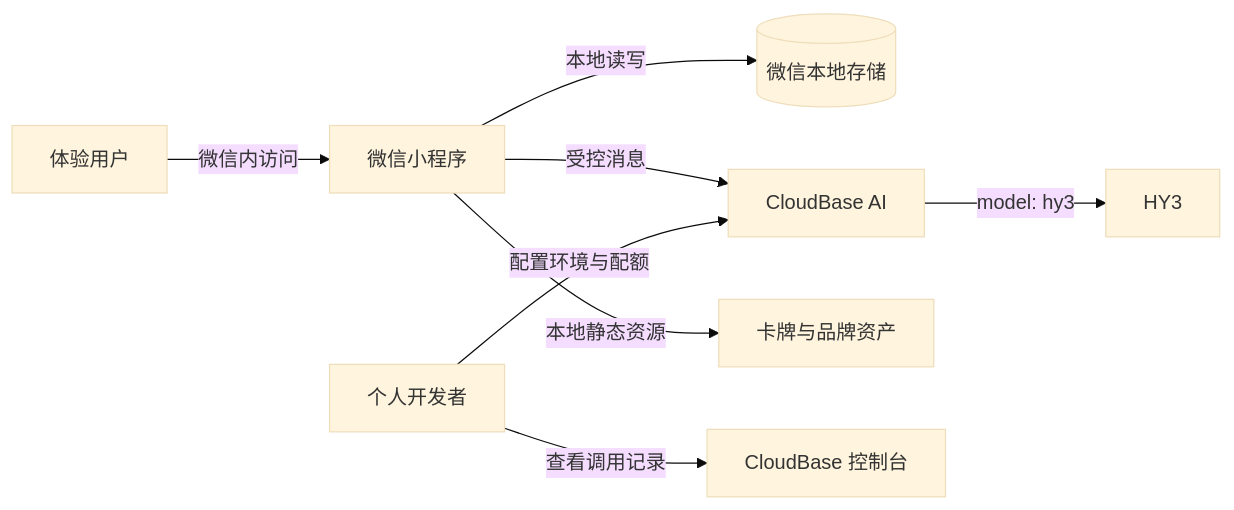
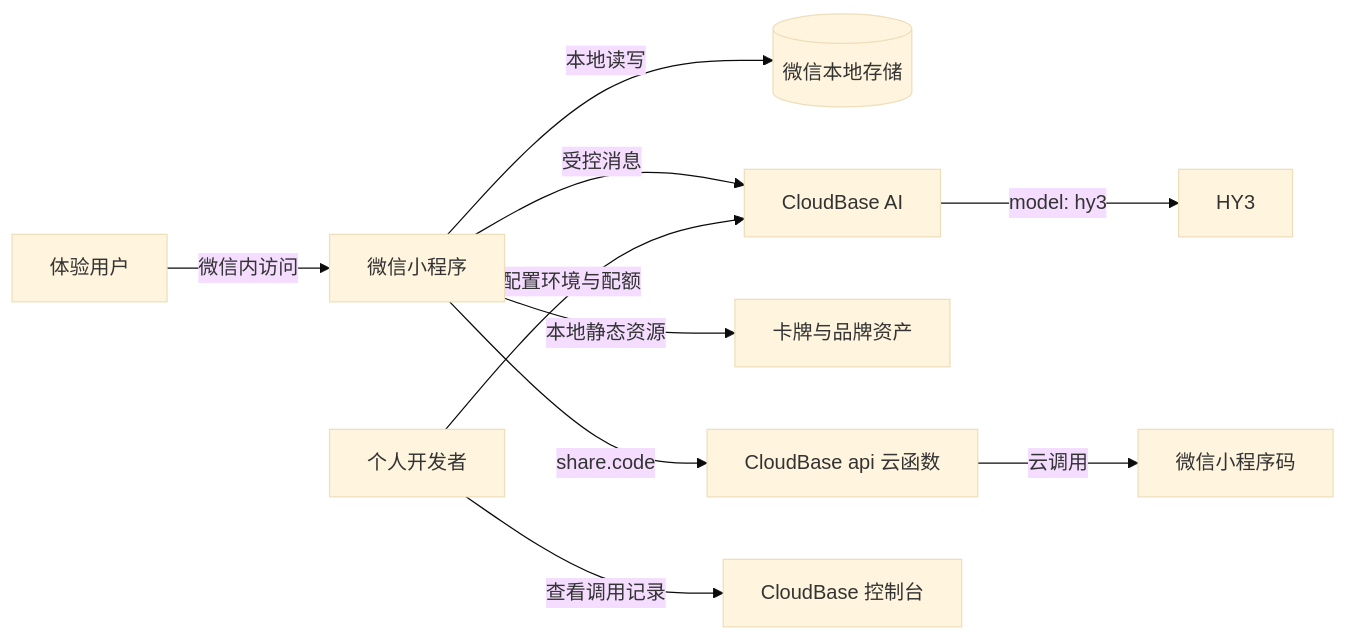
One commit to chenzhiyong1994/arcana-mirror changed the first of 3 diagrams in docs/product/03-technical-architecture.md. Above: the diagram before and after it, drawn with Mermaid (base theme). The commit also changed other lines of this file and 15 other files, not shown here.

Commit message:
feat: add share poster with mini program code

````diff
--- a/docs/product/03-technical-architecture.md
+++ b/docs/product/03-technical-architecture.md
@@ -50,10 +50,12 @@
 ```mermaid
 flowchart LR
     U[体验用户] -->|微信内访问| MP[微信小程序]
     MP -->|本地读写| STORE[(微信本地存储)]
     MP -->|受控消息| CBAI[CloudBase AI]
     CBAI -->|model: hy3| LLM[HY3]
     MP -->|本地静态资源| ASSET[卡牌与品牌资产]
+    MP -->|share.code| API[CloudBase api 云函数]
+    API -->|云调用| WXCODE[微信小程序码]
     DEV[个人开发者] -->|配置环境与配额| CBAI
     DEV -->|查看调用记录| LOG[CloudBase 控制台]
 ```
````
